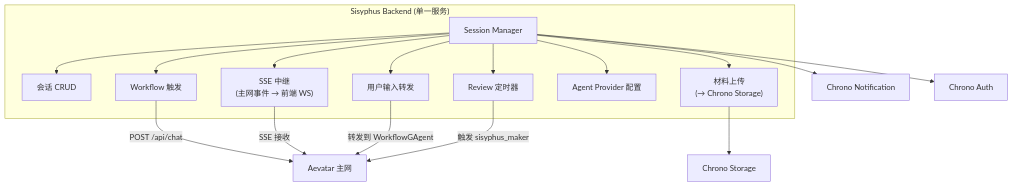
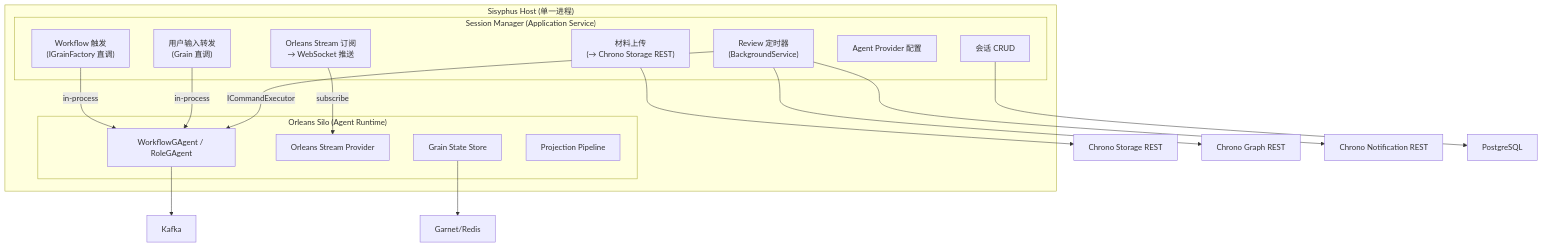
The eighth of 14 diagrams in apps/sisyphus/docs/Architecture.md (aevatarAI/aevatar), drawn with Mermaid before and after one commit. The commit also changed other lines of this file, not shown here.

Commit message:
Architecture update

````diff
--- a/apps/sisyphus/docs/Architecture.md
+++ b/apps/sisyphus/docs/Architecture.md
@@ -534,24 +685,33 @@
 ```mermaid
 graph TB
-    subgraph "Sisyphus Backend (单一服务)"
-        SM["Session Manager"]
+    subgraph "Sisyphus Host (单一进程)"
+        subgraph "Session Manager (Application Service)"
+            SM_CRUD["会话 CRUD"]
+            SM_TRIGGER["Workflow 触发<br/>(IGrainFactory 直调)"]
+            SM_STREAM["Orleans Stream 订阅<br/>→ WebSocket 推送"]
+            SM_INPUT["用户输入转发<br/>(Grain 直调)"]
+            SM_UPLOAD["材料上传<br/>(→ Chrono Storage REST)"]
+            SM_PROVIDER["Agent Provider 配置"]
+            SM_CRON["Review 定时器<br/>(BackgroundService)"]
+        end
 
-        SM_CRUD["会话 CRUD"]
-        SM_TRIGGER["Workflow 触发"]
-        SM_SSE["SSE 中继<br/>(主网事件 → 前端 WS)"]
-        SM_INPUT["用户输入转发"]
-        SM_UPLOAD["材料上传<br/>(→ Chrono Storage)"]
-        SM_PROVIDER["Agent Provider 配置"]
-        SM_CRON["Review 定时器"]
+        subgraph "Orleans Silo (Agent Runtime)"
+            GRAINS["WorkflowGAgent / RoleGAgent"]
+            STREAMS["Orleans Stream Provider"]
+            STATE["Grain State Store"]
+            PROJ["Projection Pipeline"]
+        end
 
-        SM --> SM_CRUD & SM_TRIGGER & SM_SSE & SM_INPUT & SM_UPLOAD & SM_PROVIDER & SM_CRON
+        SM_TRIGGER -->|"in-process"| GRAINS
+        SM_STREAM -->|"subscribe"| STREAMS
+        SM_INPUT -->|"in-process"| GRAINS
+        SM_CRON -->|"ICommandExecutor"| GRAINS
     end
 
-    SM_TRIGGER -->|"POST /api/chat"| MW["Aevatar 主网"]
-    SM_SSE -->|"SSE 接收"| MW
-    SM_INPUT -->|"转发到 WorkflowGAgent"| MW
-    SM_UPLOAD --> CS["Chrono Storage"]
-    SM_CRON -->|"触发 sisyphus_maker"| MW
-    SM --> NS["Chrono Notification"]
-    SM --> AS["Chrono Auth"]
+    SM_UPLOAD --> CS["Chrono Storage REST"]
+    SM_CRON --> CG["Chrono Graph REST"]
+    SM_CRON --> NS["Chrono Notification REST"]
+    SM_CRUD --> PG["PostgreSQL"]
+    STATE --> REDIS["Garnet/Redis"]
+    GRAINS --> KAFKA["Kafka"]
 ```
````
